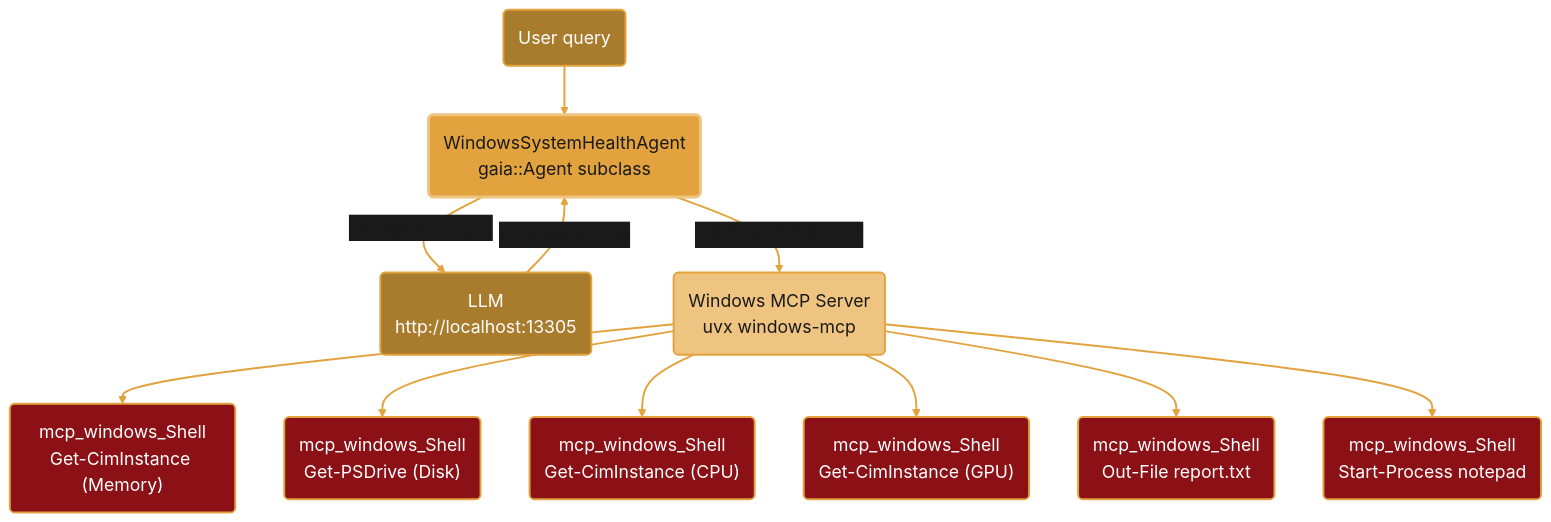
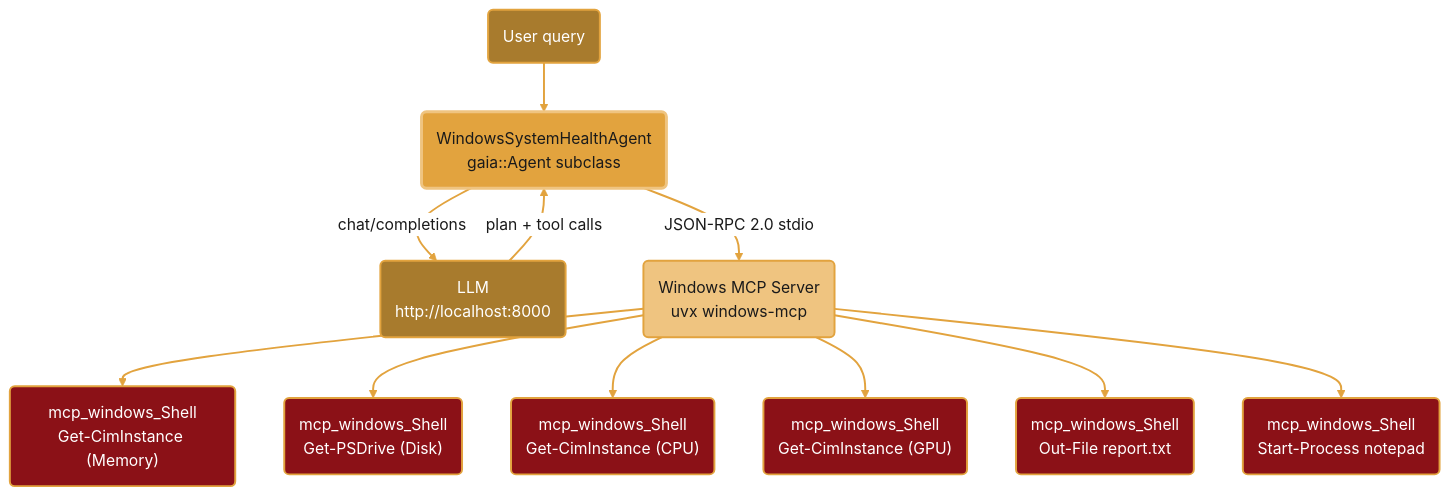
Before and after one commit to amd/gaia: the third of 3 diagrams in docs/cpp/overview.mdx, drawn with Mermaid. The commit also changed other lines of this file and 43 other files, not shown here.

First line of the commit message:
docs: documentation audit pass 1 — accuracy, dark-mode diagrams, persona review

````diff
--- a/docs/cpp/overview.mdx
+++ b/docs/cpp/overview.mdx
@@ -98,33 +98,33 @@
 ```mermaid
-%%{init: {'theme':'base', 'themeVariables': { 'primaryColor':'#E2A33E', 'fontSize':'18px', 'lineColor':'#E2A33E', 'primaryTextColor':'#1a1a1a', 'edgeLabelBackground':'#1a1a1a'}, 'flowchart': {'curve': 'basis'}}}%%
+%%{init: {'theme':'base', 'themeVariables': { 'primaryColor':'#E2A33E', 'primaryTextColor':'#1a1a1a', 'primaryBorderColor':'#A87B2D', 'lineColor':'#A87B2D', 'edgeLabelBackground':'#ffffff', 'fontFamily':'system-ui, -apple-system, sans-serif'}, 'flowchart': {'curve': 'basis'}}}%%
 graph TB
     User("User query")
     Agent("WindowsSystemHealthAgent<br/>gaia::Agent subclass")
-    LLM("LLM<br/>http://localhost:13305")
+    LLM("LLM<br/>http://localhost:8000")
     MCP("Windows MCP Server<br/>uvx windows-mcp")
 
     User --> Agent
     Agent -->|"chat/completions"| LLM
     LLM -->|"plan + tool calls"| Agent
     Agent -->|"JSON-RPC 2.0 stdio"| MCP
 
     MCP --> Shell1("mcp_windows_Shell<br/>Get-CimInstance (Memory)")
     MCP --> Shell2("mcp_windows_Shell<br/>Get-PSDrive (Disk)")
     MCP --> Shell3("mcp_windows_Shell<br/>Get-CimInstance (CPU)")
     MCP --> Shell4("mcp_windows_Shell<br/>Get-CimInstance (GPU)")
     MCP --> FileWrite("mcp_windows_Shell<br/>Out-File report.txt")
     MCP --> Notepad("mcp_windows_Shell<br/>Start-Process notepad")
 
     style User fill:#A87B2D,stroke:#E2A33E,stroke-width:2px,color:#fff
     style Agent fill:#E2A33E,stroke:#EFC480,stroke-width:3px,color:#1a1a1a
     style LLM fill:#A87B2D,stroke:#E2A33E,stroke-width:2px,color:#fff
     style MCP fill:#EFC480,stroke:#E2A33E,stroke-width:2px,color:#1a1a1a
     style Shell1 fill:#8B1117,stroke:#E2A33E,stroke-width:2px,color:#fff
     style Shell2 fill:#8B1117,stroke:#E2A33E,stroke-width:2px,color:#fff
     style Shell3 fill:#8B1117,stroke:#E2A33E,stroke-width:2px,color:#fff
     style Shell4 fill:#8B1117,stroke:#E2A33E,stroke-width:2px,color:#fff
     style FileWrite fill:#8B1117,stroke:#E2A33E,stroke-width:2px,color:#fff
     style Notepad fill:#8B1117,stroke:#E2A33E,stroke-width:2px,color:#fff
 
     linkStyle default stroke:#E2A33E,stroke-width:2px
 ```
````
